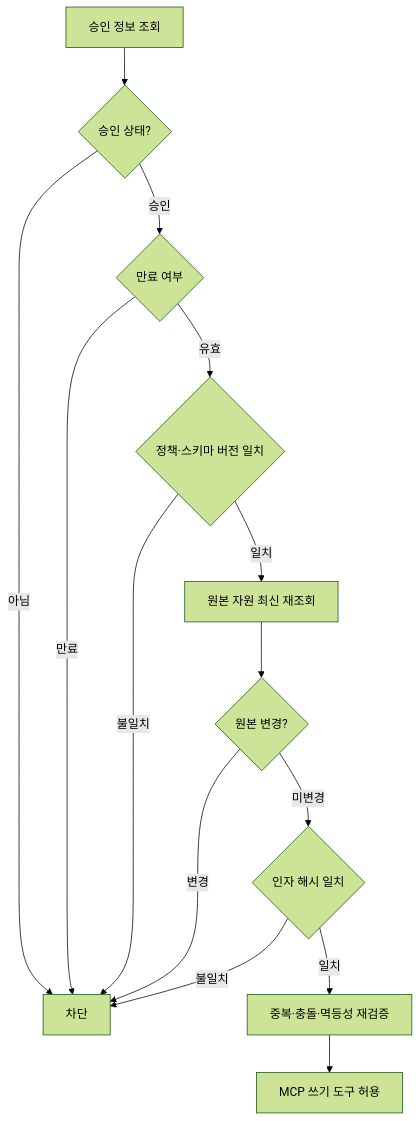
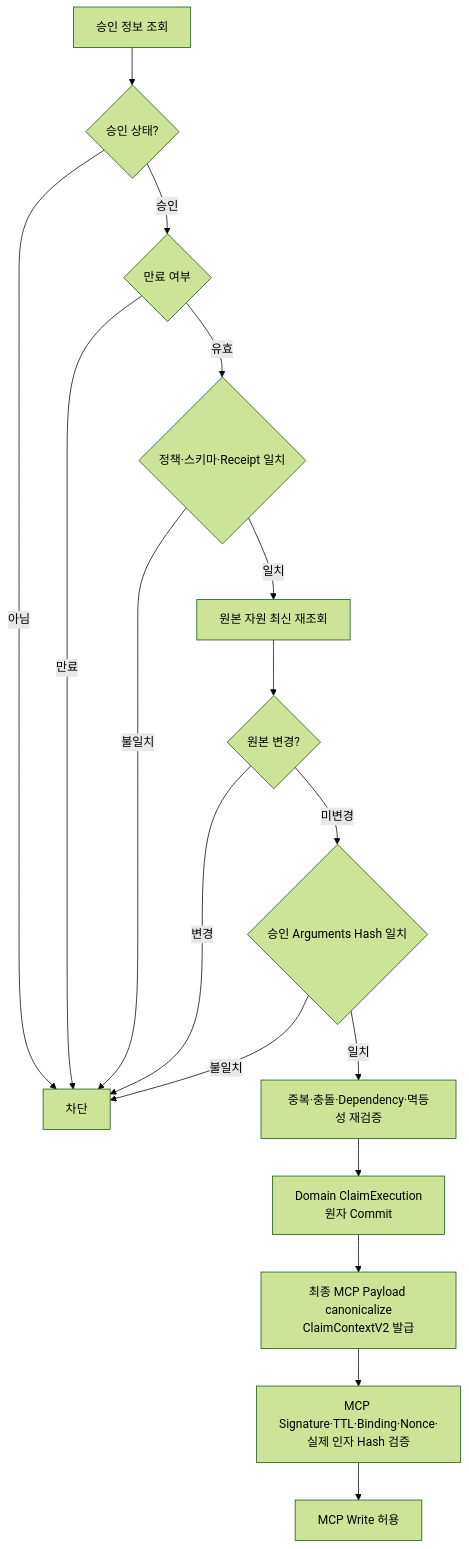
Before and after one commit to solar-ai-dev/google-work-agent: the fifth of 16 diagrams in docs/03-system-architecture.md, drawn with Mermaid (forest theme). The commit also changed other lines of this file and 10 other files, not shown here.

````diff
--- a/docs/03-system-architecture.md
+++ b/docs/03-system-architecture.md
@@ -905,16 +892,19 @@
 ```mermaid
 flowchart TB
     A["승인 정보 조회"] --> B{"승인 상태?"}
     B -->|"아님"| X["차단"]
     B -->|"승인"| C{"만료 여부"}
     C -->|"만료"| X
-    C -->|"유효"| D{"정책·스키마 버전 일치"}
+    C -->|"유효"| D{"정책·스키마·Receipt 일치"}
     D -->|"불일치"| X
     D -->|"일치"| E["원본 자원 최신 재조회"]
     E --> F{"원본 변경?"}
     F -->|"변경"| X
-    F -->|"미변경"| G{"인자 해시 일치"}
+    F -->|"미변경"| G{"승인 Arguments Hash 일치"}
     G -->|"불일치"| X
-    G -->|"일치"| H["중복·충돌·멱등성 재검증"]
-    H --> I["MCP 쓰기 도구 허용"]
+    G -->|"일치"| H["중복·충돌·Dependency·멱등성 재검증"]
+    H --> I["Domain ClaimExecution<br/>원자 Commit"]
+    I --> J["최종 MCP Payload canonicalize<br/>ClaimContextV2 발급"]
+    J --> K["MCP Signature·TTL·Binding·Nonce·실제 인자 Hash 검증"]
+    K --> L["MCP Write 허용"]
 ```
````
